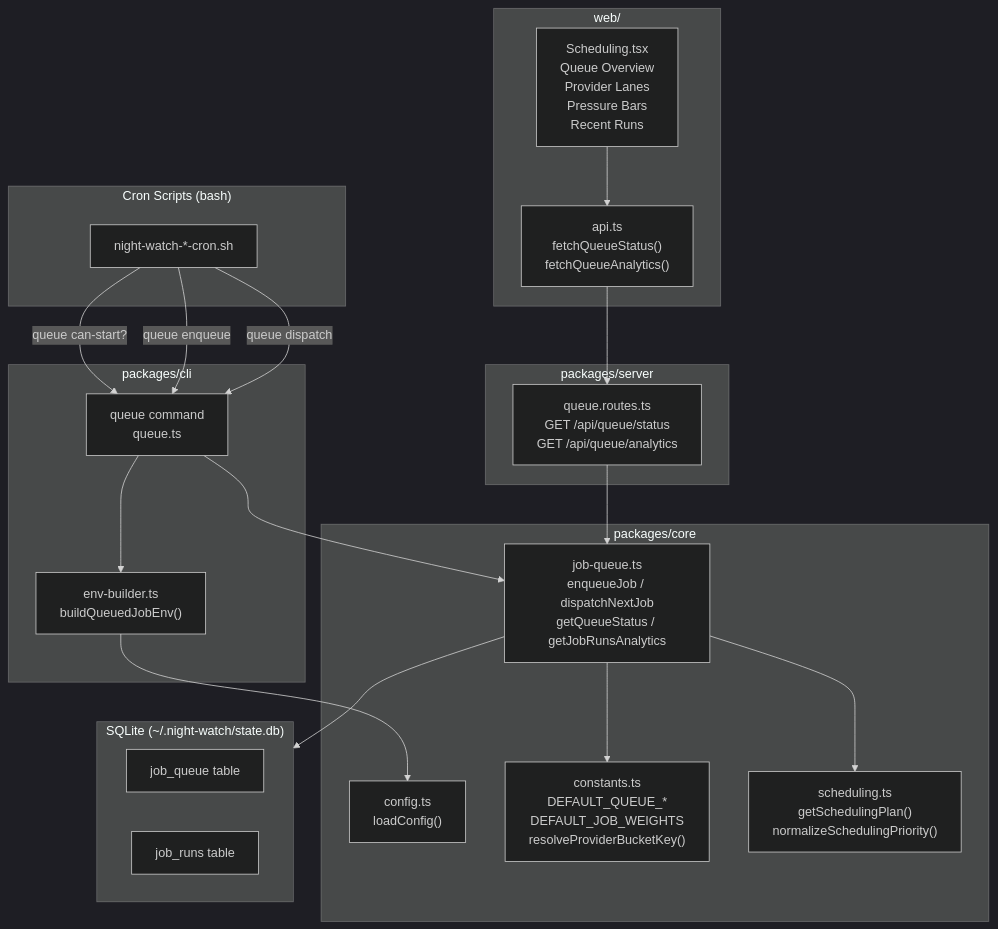
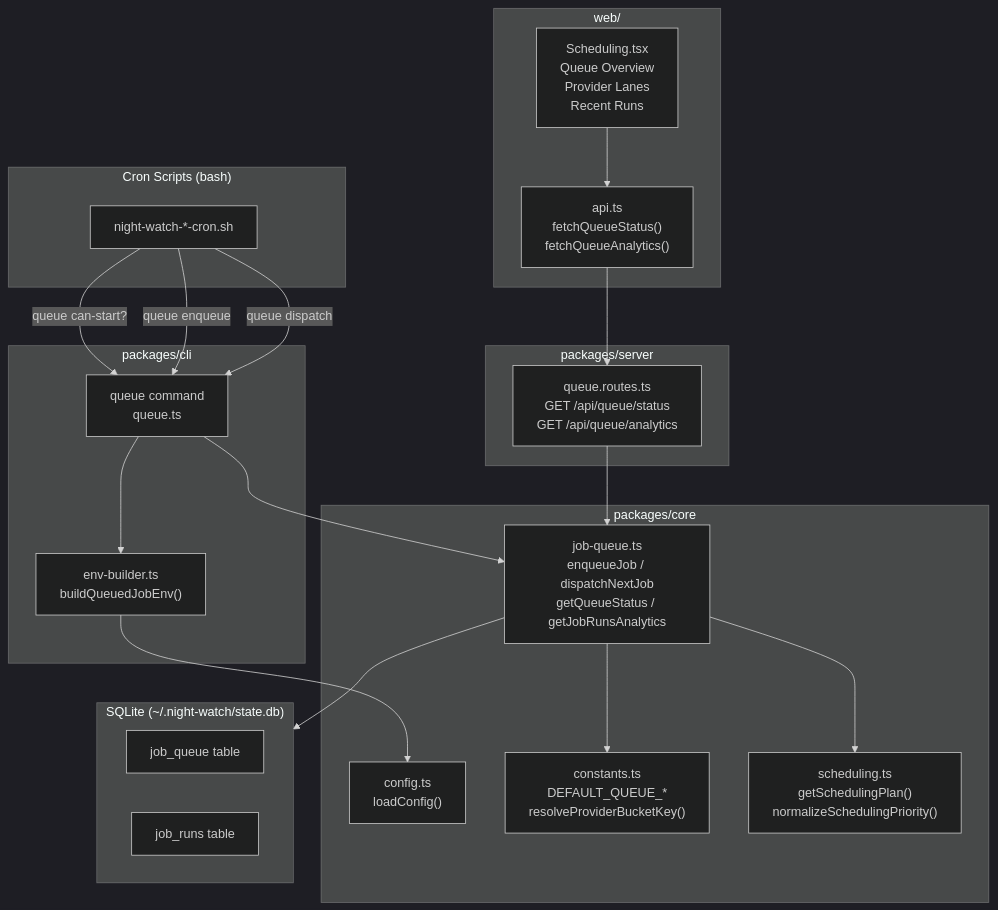
One commit to jonit-dev/night-watch-cli changed the first of 6 diagrams in docs/scheduler-architecture.md. Above: the diagram before and after it, drawn with Mermaid (dark theme). The commit also changed other lines of this file and 17 other files, not shown here.

````diff
--- a/docs/scheduler-architecture.md
+++ b/docs/scheduler-architecture.md
@@ -9,45 +9,45 @@
 ```mermaid
 graph TD
     subgraph CLI["packages/cli"]
         QC["queue command\nqueue.ts"]
         EB["env-builder.ts\nbuildQueuedJobEnv()"]
     end
 
     subgraph Core["packages/core"]
         JQ["job-queue.ts\nenqueueJob / dispatchNextJob\ngetQueueStatus / getJobRunsAnalytics"]
         CFG["config.ts\nloadConfig()"]
-        CONSTS["constants.ts\nDEFAULT_QUEUE_*\nDEFAULT_JOB_WEIGHTS\nresolveProviderBucketKey()"]
+        CONSTS["constants.ts\nDEFAULT_QUEUE_*\nresolveProviderBucketKey()"]
         SCHED["scheduling.ts\ngetSchedulingPlan()\nnormalizeSchedulingPriority()"]
     end
 
     subgraph Server["packages/server"]
         QR["queue.routes.ts\nGET /api/queue/status\nGET /api/queue/analytics"]
     end
 
     subgraph Web["web/"]
-        SP["Scheduling.tsx\nQueue Overview\nProvider Lanes\nPressure Bars\nRecent Runs"]
+        SP["Scheduling.tsx\nQueue Overview\nProvider Lanes\nRecent Runs"]
         API["api.ts\nfetchQueueStatus()\nfetchQueueAnalytics()"]
     end
 
     subgraph DB["SQLite (~/.night-watch/state.db)"]
         JQT["job_queue table"]
         JRT["job_runs table"]
     end
 
     subgraph Cron["Cron Scripts (bash)"]
         CS["night-watch-*-cron.sh"]
     end
 
     CS -->|"queue can-start?"| QC
     CS -->|"queue enqueue"| QC
     CS -->|"queue dispatch"| QC
     QC --> JQ
     QC --> EB
     EB --> CFG
     JQ --> DB
     JQ --> CONSTS
     JQ --> SCHED
     QR --> JQ
     API --> QR
     SP --> API
 ```
````
